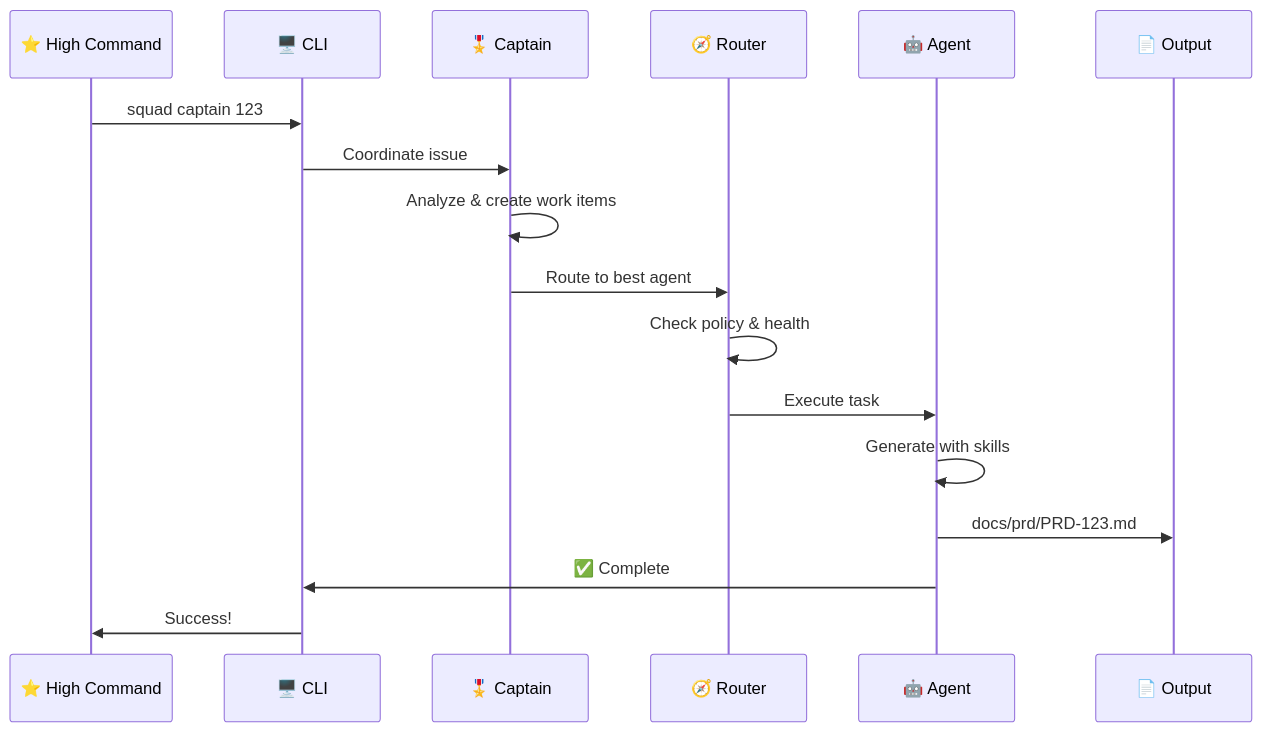
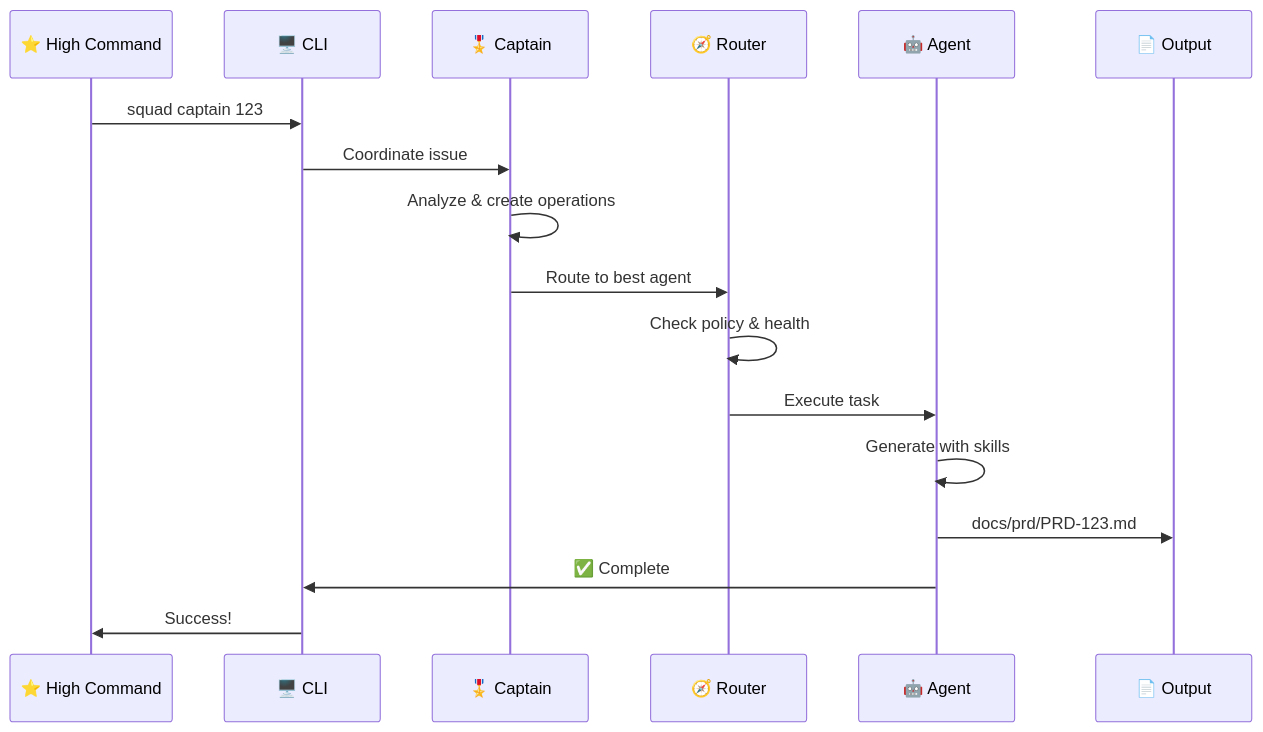
The second of 8 diagrams in README.md (jnPiyush/AI-Squad), drawn with Mermaid before and after one commit. The commit also changed other lines of this file and 5 other files, not shown here.

````diff
--- a/README.md
+++ b/README.md
@@ -94,20 +94,20 @@
 ```mermaid
 sequenceDiagram
     participant Dev as ⭐ High Command
     participant CLI as 🖥️ CLI
     participant Captain as 🎖️ Captain
     participant Router as 🧭 Router
     participant Agent as 🤖 Agent
     participant Output as 📄 Output
     
     Dev->>CLI: squad captain 123
     CLI->>Captain: Coordinate issue #123
-    Captain->>Captain: Analyze & create work items
+    Captain->>Captain: Analyze & create operations
     Captain->>Router: Route to best agent
     Router->>Router: Check policy & health
     Router->>Agent: Execute task
     Agent->>Agent: Generate with skills
     Agent->>Output: docs/prd/PRD-123.md
     Agent->>CLI: ✅ Complete
     CLI->>Dev: Success!
 ```
````
